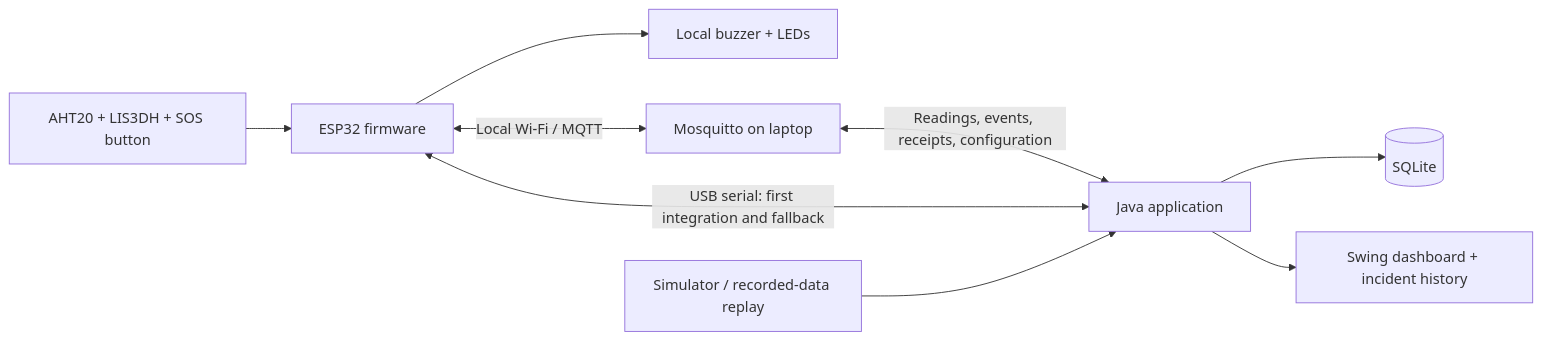
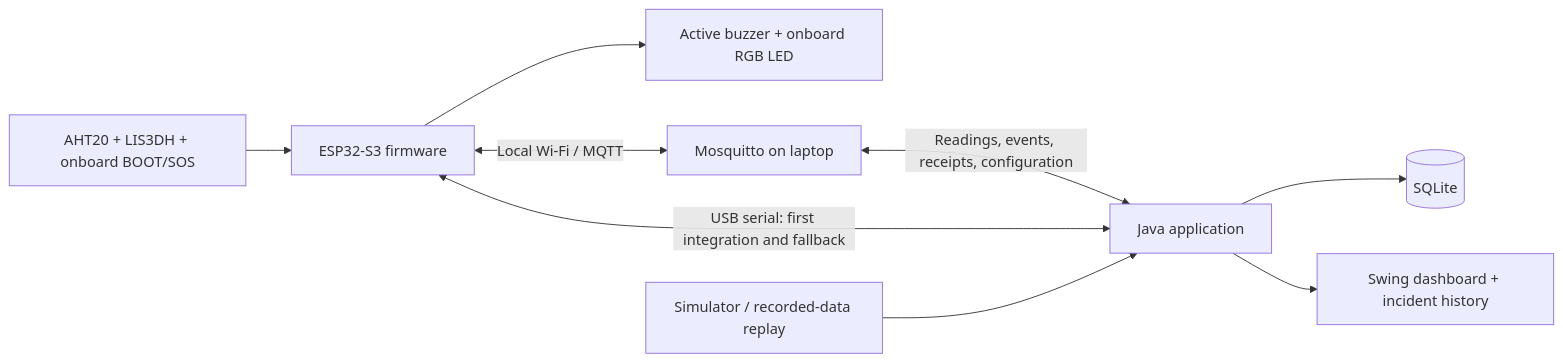
The diagram in README.md (Ismoiljon1101/siteguard), drawn with Mermaid before and after one commit. The commit also changed other lines of this file and 6 other files, not shown here.

````diff
--- a/README.md
+++ b/README.md
@@ -36,11 +38,11 @@
 ```mermaid
 flowchart LR
-    Sensors["AHT20 + LIS3DH + SOS button"] --> ESP["ESP32 firmware"]
-    ESP --> Alarm["Local buzzer + LEDs"]
+    Sensors["AHT20 + LIS3DH + onboard BOOT/SOS"] --> ESP["ESP32-S3 firmware"]
+    ESP --> Alarm["Active buzzer + onboard RGB LED"]
     ESP <-->|"Local Wi-Fi / MQTT"| Broker["Mosquitto on laptop"]
     Broker <-->|"Readings, events, receipts, configuration"| Java["Java application"]
     ESP <-->|"USB serial: first integration and fallback"| Java
     Java --> DB[(SQLite)]
     Java --> UI["Swing dashboard + incident history"]
     Sim["Simulator / recorded-data replay"] --> Java
 ```
````
